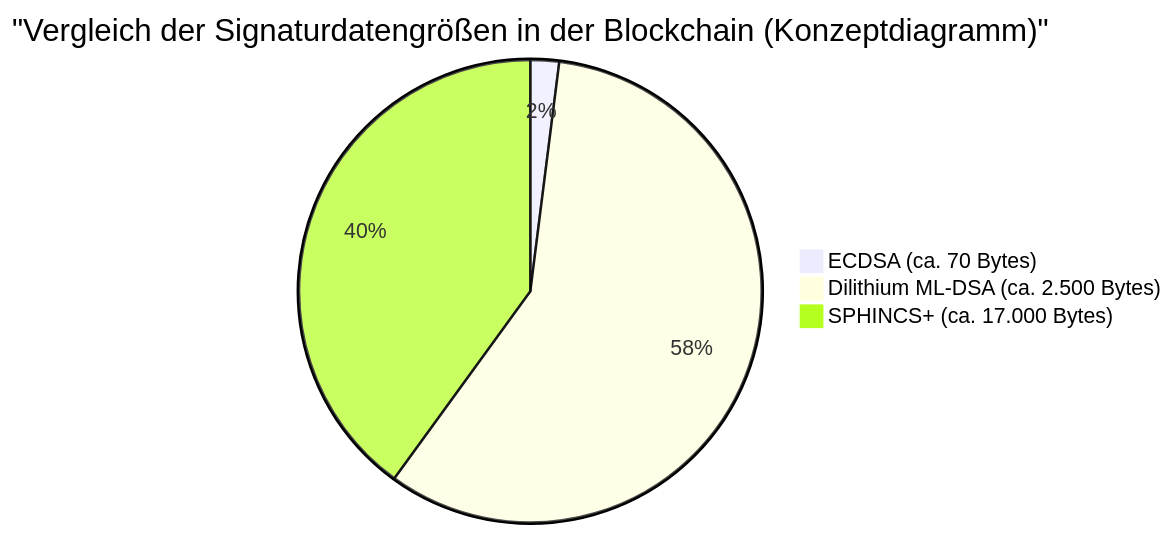
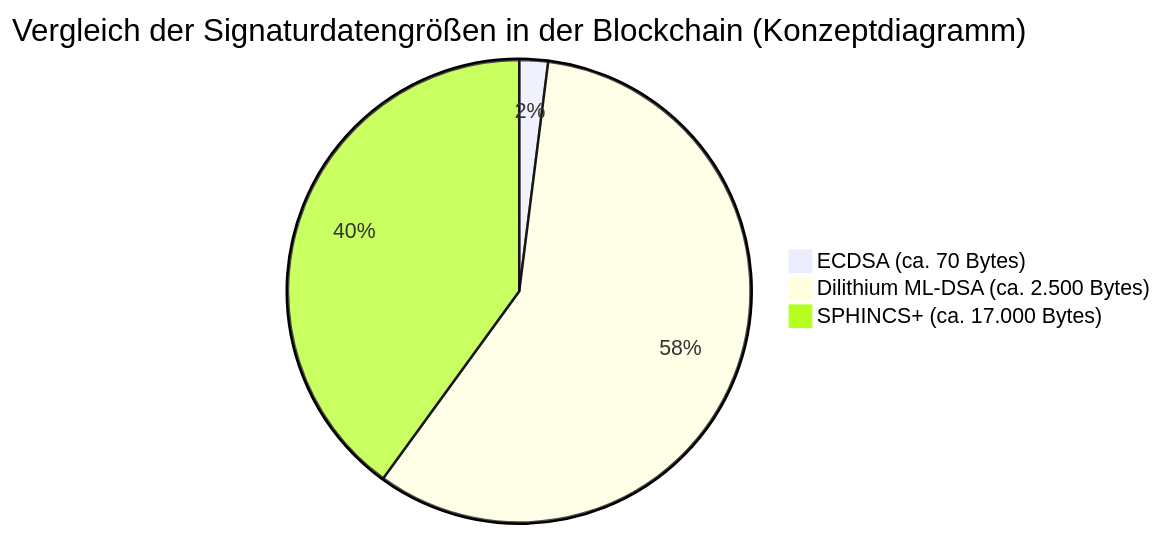
One commit to kenjinote/blog changed the third of 3 diagrams in content/post/ポスト量子時代のブロックチェーン/index.de.md. Above: the diagram before and after it, drawn with Mermaid. The commit also changed other lines of this file and 703 other files, not shown here.

Commit message:
Fix: Remove quotes from Mermaid link texts and timeline definitions to support Mermaid 11.4.1

````diff
--- a/content/post/ポスト量子時代のブロックチェーン/index.de.md
+++ b/content/post/ポスト量子時代のブロックチェーン/index.de.md
@@ -277,6 +277,6 @@
 ```mermaid
-pie title "Vergleich der Signaturdatengrößen in der Blockchain (Konzeptdiagramm)"
+pie title Vergleich der Signaturdatengrößen in der Blockchain (Konzeptdiagramm)
     "ECDSA (ca. 70 Bytes)" : 2
     "Dilithium ML-DSA (ca. 2.500 Bytes)" : 58
     "SPHINCS+ (ca. 17.000 Bytes)" : 40
 ```
````
